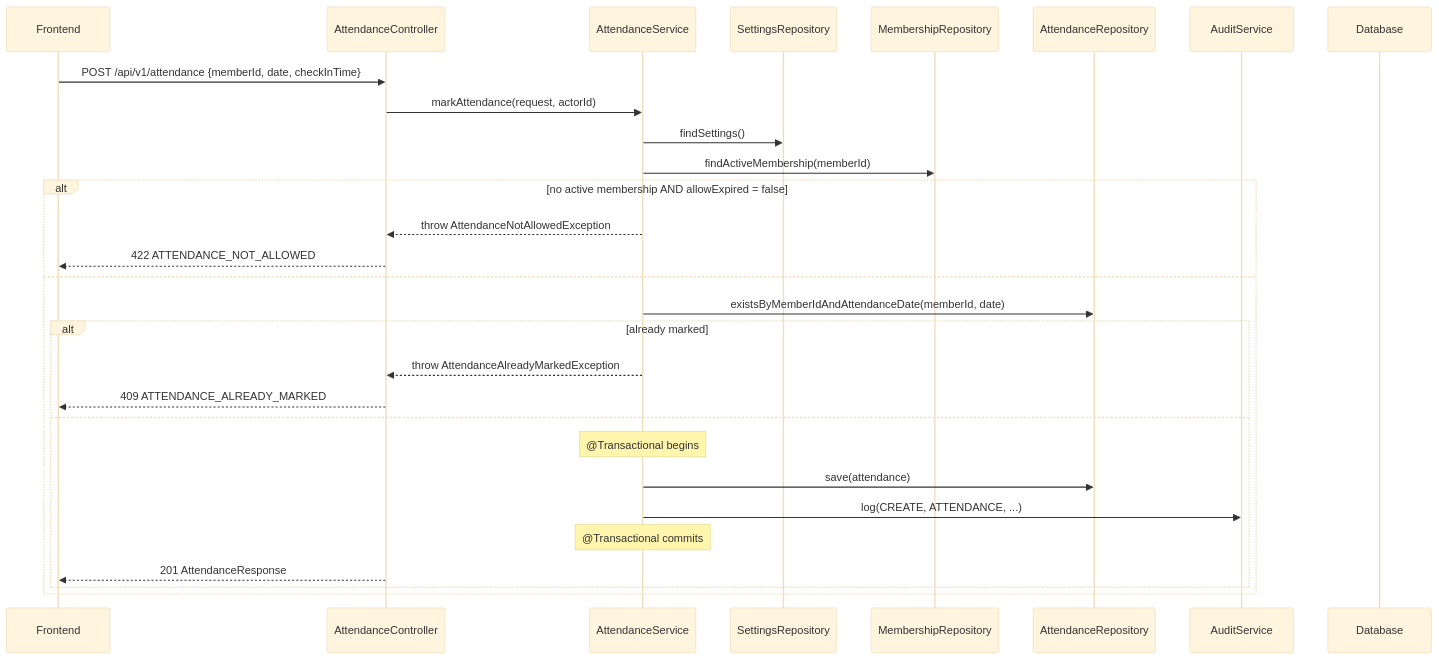
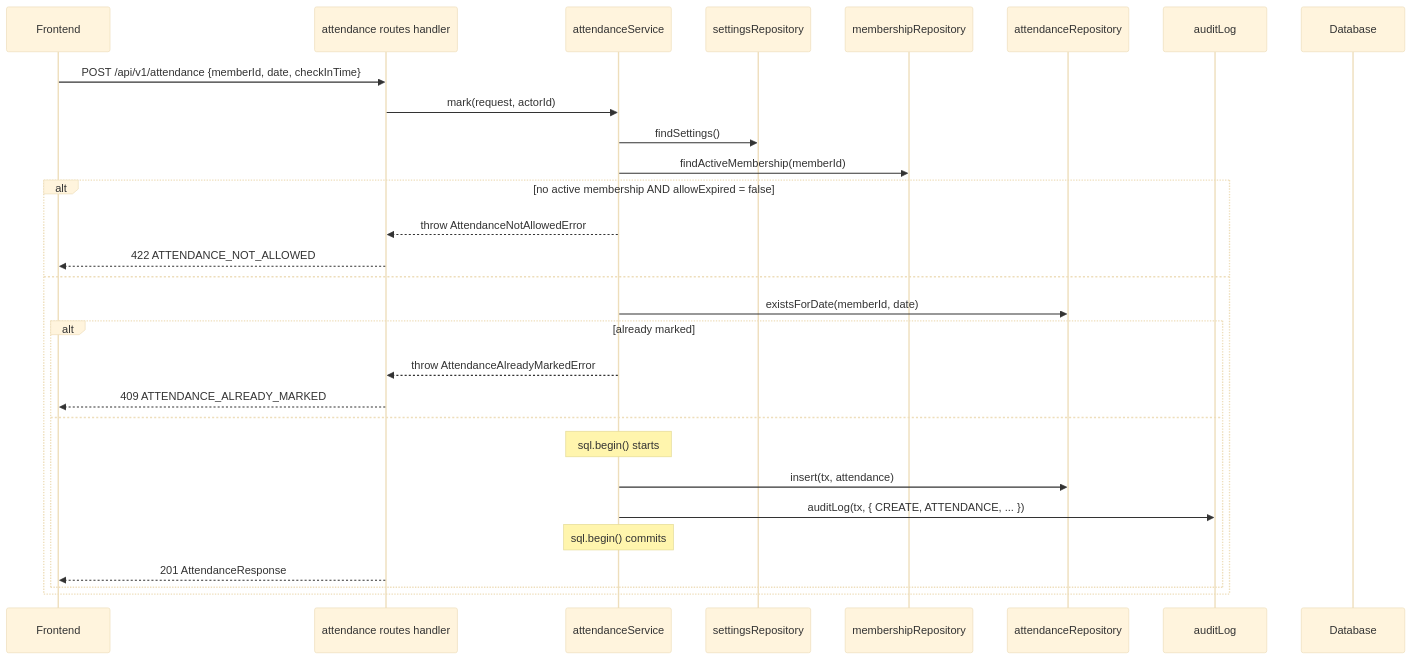
Before and after one commit to sidpd51/gym-app: the third of 5 diagrams in backend/docs/06-backend-lld.md, drawn with Mermaid (base theme). The commit also changed other lines of this file and 5 other files, not shown here.

Commit message:
Migrate backend architecture documentation from Java to Node.js/Fastify

````diff
--- a/backend/docs/06-backend-lld.md
+++ b/backend/docs/06-backend-lld.md
@@ -761,32 +757,32 @@
 ```mermaid
 sequenceDiagram
     participant FE as Frontend
-    participant C as AttendanceController
-    participant S as AttendanceService
-    participant SR as SettingsRepository
-    participant MR as MembershipRepository
-    participant AR as AttendanceRepository
-    participant A as AuditService
+    participant R as attendance routes handler
+    participant S as attendanceService
+    participant SR as settingsRepository
+    participant MR as membershipRepository
+    participant AR as attendanceRepository
+    participant A as auditLog
     participant DB as Database
 
-    FE->>C: POST /api/v1/attendance {memberId, date, checkInTime}
-    C->>S: markAttendance(request, actorId)
+    FE->>R: POST /api/v1/attendance {memberId, date, checkInTime}
+    R->>S: mark(request, actorId)
     S->>SR: findSettings()
     S->>MR: findActiveMembership(memberId)
     alt no active membership AND allowExpired = false
-        S-->>C: throw AttendanceNotAllowedException
-        C-->>FE: 422 ATTENDANCE_NOT_ALLOWED
+        S-->>R: throw AttendanceNotAllowedError
+        R-->>FE: 422 ATTENDANCE_NOT_ALLOWED
     else
-        S->>AR: existsByMemberIdAndAttendanceDate(memberId, date)
+        S->>AR: existsForDate(memberId, date)
         alt already marked
-            S-->>C: throw AttendanceAlreadyMarkedException
-            C-->>FE: 409 ATTENDANCE_ALREADY_MARKED
+            S-->>R: throw AttendanceAlreadyMarkedError
+            R-->>FE: 409 ATTENDANCE_ALREADY_MARKED
         else
-            note over S: @Transactional begins
-            S->>AR: save(attendance)
-            S->>A: log(CREATE, ATTENDANCE, ...)
-            note over S: @Transactional commits
-            C-->>FE: 201 AttendanceResponse
+            note over S: sql.begin() starts
+            S->>AR: insert(tx, attendance)
+            S->>A: auditLog(tx, { CREATE, ATTENDANCE, ... })
+            note over S: sql.begin() commits
+            R-->>FE: 201 AttendanceResponse
         end
     end
 ```
````
